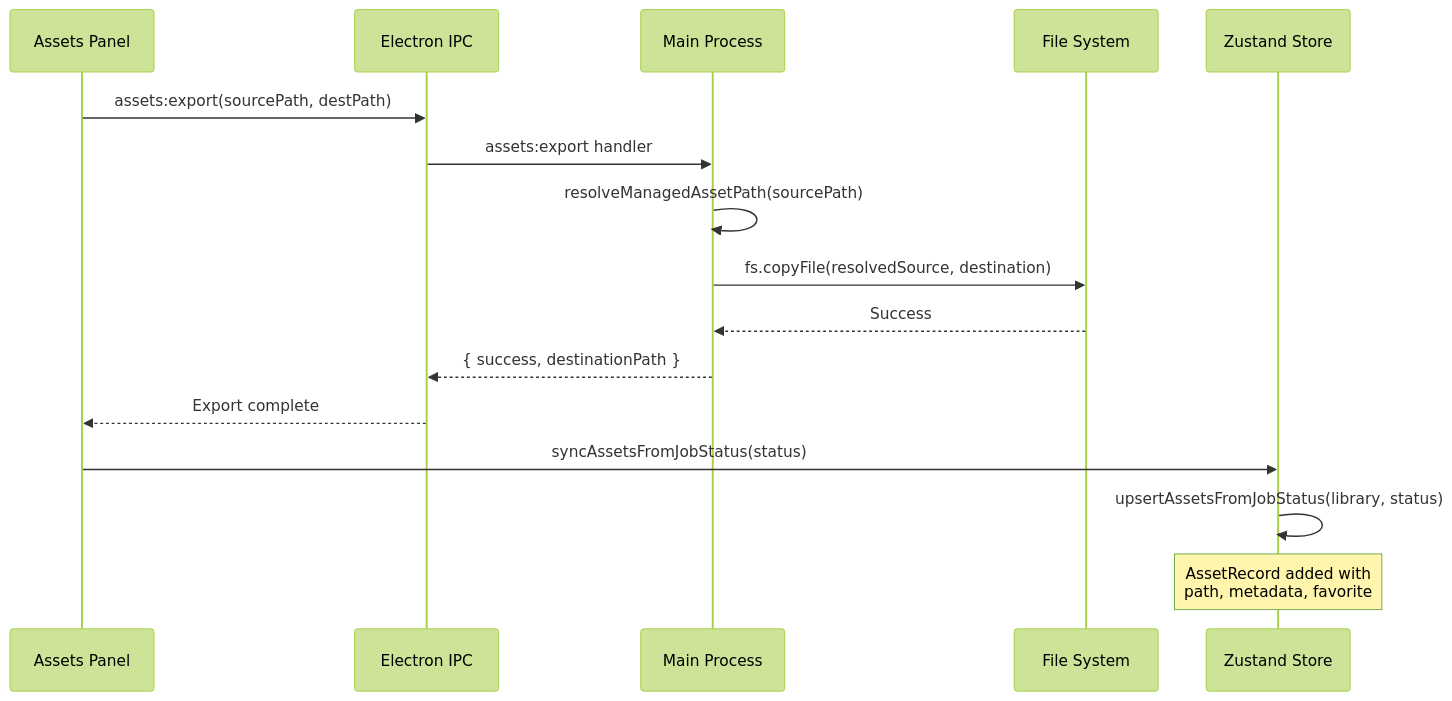
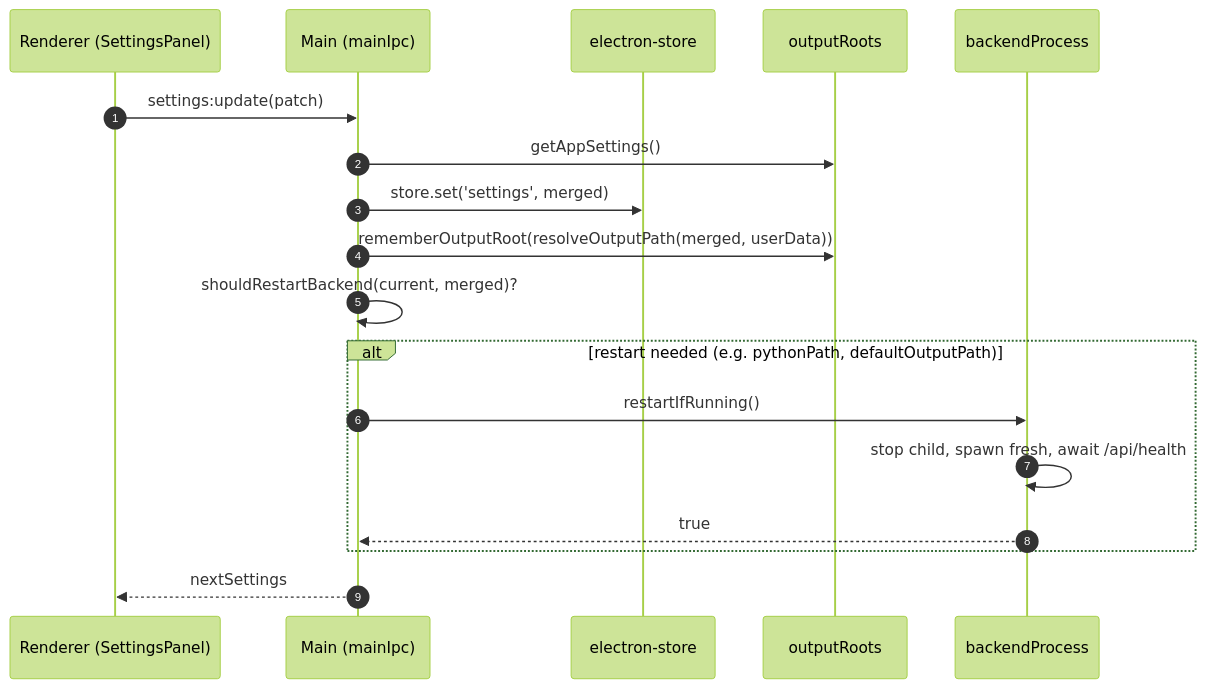
The seventh of 9 diagrams in docs/architecture.md (Git-Rocky-Stack/vision-studio), drawn with Mermaid (forest theme) before and after one commit. The commit also changed other lines of this file and 7 other files, not shown here.

First line of the commit message:
docs: comprehensive documentation overhaul (architecture, API, schema, diagrams)

````diff
--- a/docs/architecture.md
+++ b/docs/architecture.md
@@ -258,20 +526,21 @@
 ```mermaid
 sequenceDiagram
-    participant UI as Assets Panel
-    participant IPC as Electron IPC
-    participant Main as Main Process
-    participant FS as File System
-    participant Store as Zustand Store
+    autonumber
+    participant U as Renderer (SettingsPanel)
+    participant E as Main (mainIpc)
+    participant S as electron-store
+    participant OR as outputRoots
+    participant BP as backendProcess
 
-    UI->>IPC: assets:export(sourcePath, destPath)
-    IPC->>Main: assets:export handler
-    Main->>Main: resolveManagedAssetPath(sourcePath)
-    Main->>FS: fs.copyFile(resolvedSource, destination)
-    FS-->>Main: Success
-    Main-->>IPC: { success, destinationPath }
-    IPC-->>UI: Export complete
-
-    UI->>Store: syncAssetsFromJobStatus(status)
-    Store->>Store: upsertAssetsFromJobStatus(library, status)
-    Note over Store: AssetRecord added with<br/>path, metadata, favorite
+    U->>E: settings:update(patch)
+    E->>OR: getAppSettings()           # current
+    E->>S: store.set('settings', merged)
+    E->>OR: rememberOutputRoot(resolveOutputPath(merged, userData))
+    E->>E: shouldRestartBackend(current, merged)?
+    alt restart needed (e.g. pythonPath, defaultOutputPath)
+        E->>BP: restartIfRunning()
+        BP->>BP: stop child, spawn fresh, await /api/health
+        BP-->>E: true
+    end
+    E-->>U: nextSettings
 ```
````
